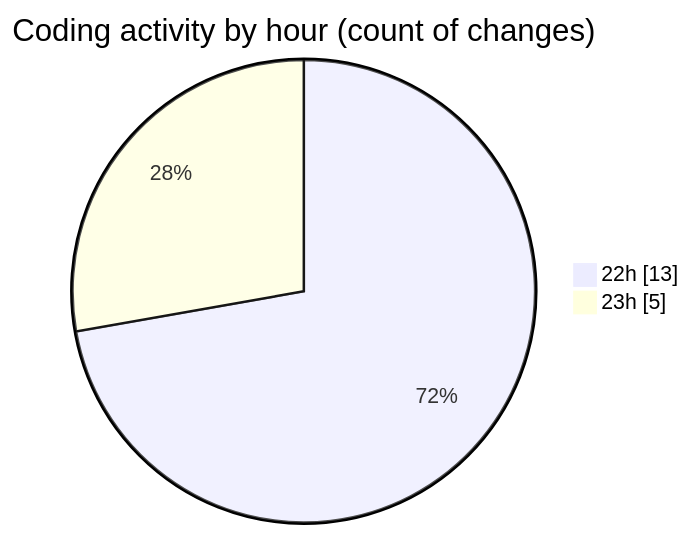
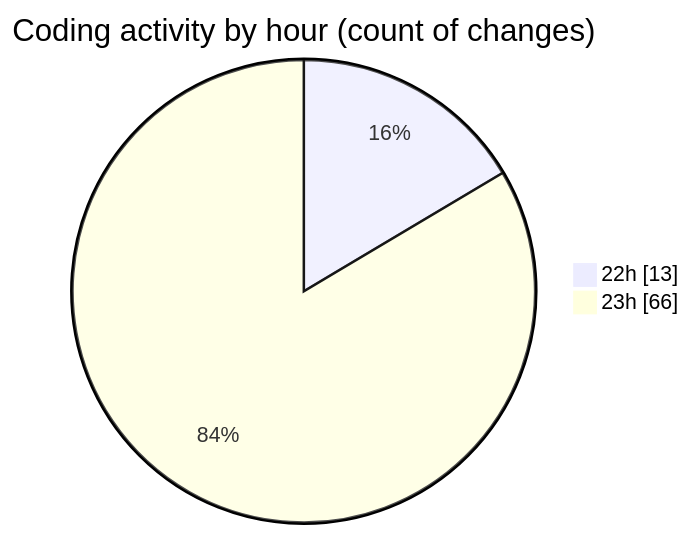
Before and after one commit to Ritupan-Deka/code-tracking: the second of 2 diagrams in 2025-10-18/typescript/README.md, drawn with Mermaid. The commit also changed other lines of this file and 1 other file, not shown here.

````diff
--- a/2025-10-18/typescript/README.md
+++ b/2025-10-18/typescript/README.md
@@ -30,6 +30,6 @@
 ```mermaid
 pie showData
 title Coding activity by hour (count of changes)
 "22h" : 13
-"23h" : 5
+"23h" : 66
 ```
````
